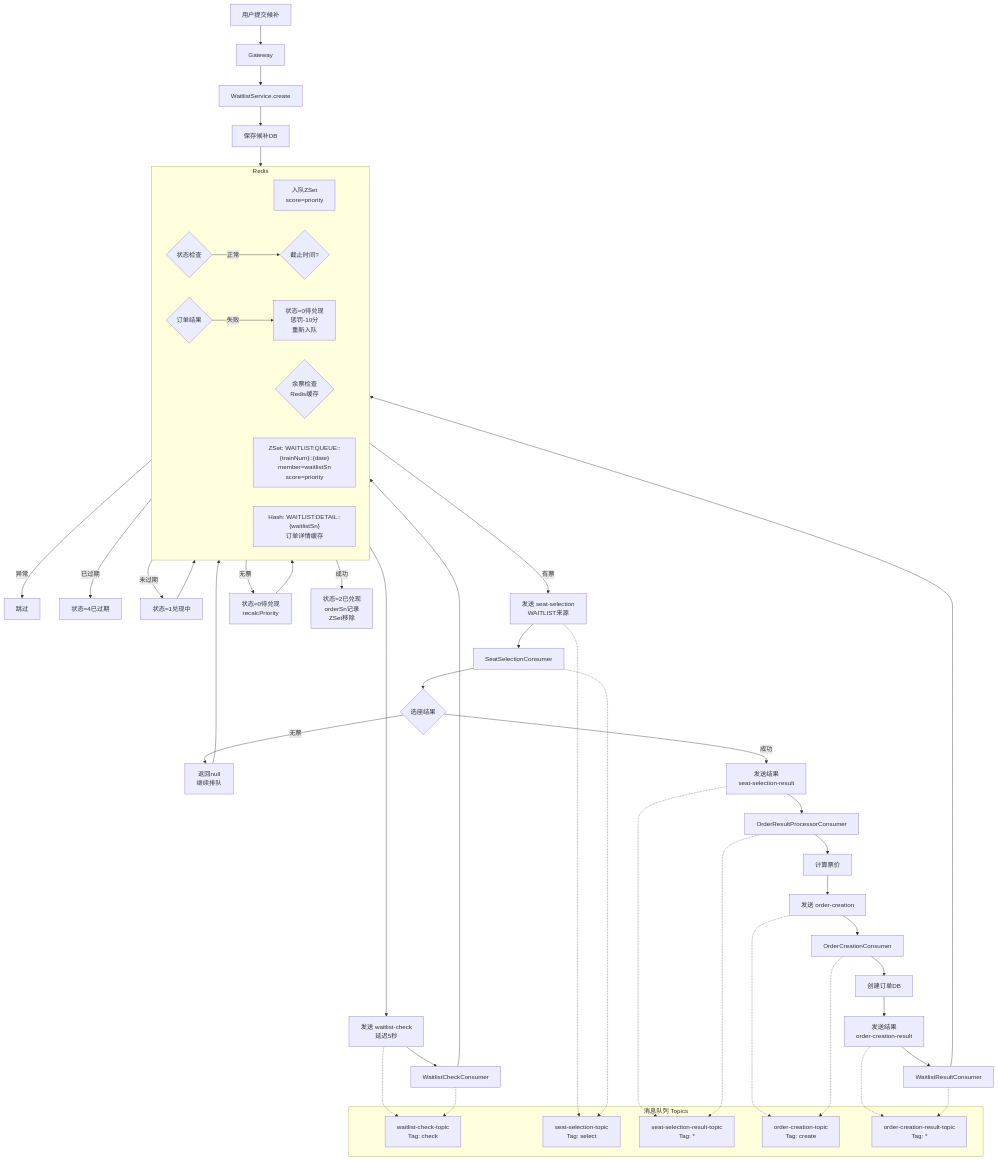
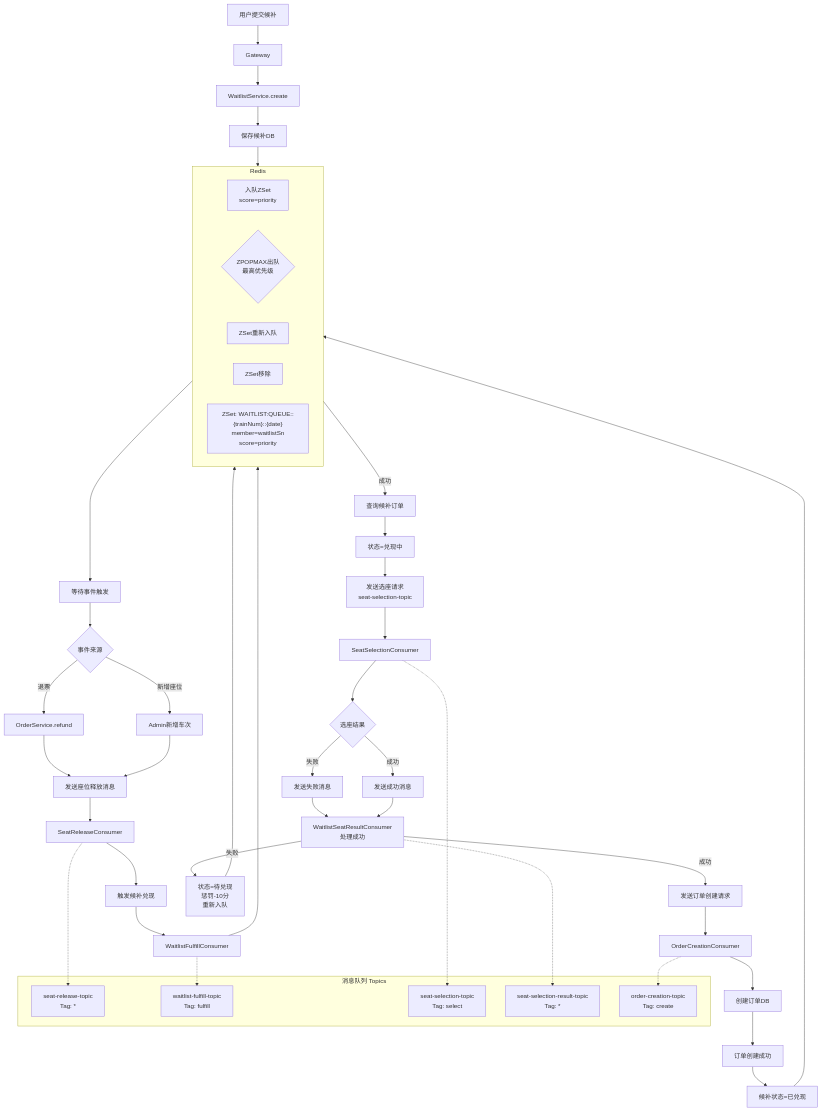
The ninth of 10 diagrams in GraduationThesis/第5章_模块设计.md (Tianmingla/12306), drawn with Mermaid before and after one commit. The commit also changed other lines of this file and 2 other files, not shown here.

````diff
--- a/GraduationThesis/第5章_模块设计.md
+++ b/GraduationThesis/第5章_模块设计.md
@@ -528,72 +528,66 @@
 ```mermaid
 flowchart TD
     U[用户提交候补] --> G[Gateway]
     G --> OS1[WaitlistService.create]
     
     OS1 --> DB1[保存候补DB]
     DB1 --> R1[入队ZSet<br/>score=priority]
-    R1 --> M1[发送 waitlist-check<br/>延迟5秒]
+    R1 --> M1[等待事件触发]
     
-    M1 --> C1[WaitlistCheckConsumer]
-    C1 --> C2{状态检查}
-    C2 -->|异常| C3[跳过]
-    C2 -->|正常| C4{截止时间?}
-    C4 -->|已过期| C5[状态=4已过期]
-    C4 -->|未过期| C6[状态=1兑现中]
+    M1 --> E1{事件来源}
+    E1 -->|退票| E2[OrderService.refund]
+    E1 -->|新增座位| E3[Admin新增车次]
     
-    C6 --> C7{余票检查<br/>Redis缓存}
-    C7 -->|有票| C8[发送 seat-selection<br/>WAITLIST来源]
-    C7 -->|无票| C9[状态=0待兑现<br/>recalcPriority]
+    E2 --> E4[发送座位释放消息]
+    E3 --> E4
+    E4 --> SR[SeatReleaseConsumer]
     
-    C8 --> C10[SeatSelectionConsumer]
-    C10 --> C11{选座结果}
-    C11 -->|无票| C12[返回null<br/>继续排队]
-    C11 -->|成功| C13[发送结果<br/>seat-selection-result]
+    SR --> F1[触发候补兑现]
+    F1 --> WF[WaitlistFulfillConsumer]
     
-    C13 --> C14[OrderResultProcessorConsumer]
-    C14 --> C15[计算票价]
-    C15 --> C16[发送 order-creation]
+    WF --> F2{ZPOPMAX出队<br/>最高优先级}
+    F2 -->|成功| F3[查询候补订单]
+    F3 --> F4[状态=兑现中]
+    F4 --> F5[发送选座请求<br/>seat-selection-topic]
     
-    C16 --> C17[OrderCreationConsumer]
-    C17 --> C18[创建订单DB]
-    C18 --> C19[发送结果<br/>order-creation-result]
+    F5 --> SC[SeatSelectionConsumer]
+    SC --> F6{选座结果}
+    F6 -->|失败| F7[发送失败消息]
+    F6 -->|成功| F8[发送成功消息]
     
-    C19 --> C20[WaitlistResultConsumer]
-    C20 --> C21{订单结果}
-    C21 -->|成功| C22[状态=2已兑现<br/>orderSn记录<br/>ZSet移除]
-    C21 -->|失败| C23[状态=0待兑现<br/>惩罚-10分<br/>重新入队]
+    F7 --> F9[WaitlistSeatResultConsumer<br/>处理失败]
+    F8 --> F9[WaitlistSeatResultConsumer<br/>处理成功]
     
-    C9 --> C7
-    C12 --> C7
+    F9 -->|成功| F10[发送订单创建请求]
+    F9 -->|失败| F11[状态=待兑现<br/>惩罚-10分<br/>重新入队]
+    F11 --> R2[ZSet重新入队]
+    
+    F10 --> OC[OrderCreationConsumer]
+    OC --> F12[创建订单DB]
+    F12 --> F13[订单创建成功]
+    F13 --> F14[候补状态=已兑现]
+    F14 --> F15[ZSet移除]
     
     subgraph "Redis"
         R1
-        C2
-        C4
-        C7
-        C21
-        C23
+        F2
+        R2
+        F15
         direction LR
         ZSet["ZSet: WAITLIST:QUEUE::{trainNum}::{date}<br/>member=waitlistSn<br/>score=priority"]
-        Hash["Hash: WAITLIST:DETAIL::{waitlistSn}<br/>订单详情缓存"]
     end
     
     subgraph "消息队列 Topics"
-        T1["waitlist-check-topic<br/>Tag: check"]
-        T2["seat-selection-topic<br/>Tag: select"]
-        T3["seat-selection-result-topic<br/>Tag: *"]
-        T4["order-creation-topic<br/>Tag: create"]
-        T5["order-creation-result-topic<br/>Tag: *"]
+        T1["seat-release-topic<br/>Tag: *"]
+        T2["waitlist-fulfill-topic<br/>Tag: fulfill"]
+        T3["seat-selection-topic<br/>Tag: select"]
+        T4["seat-selection-result-topic<br/>Tag: *"]
+        T5["order-creation-topic<br/>Tag: create"]
     end
     
-    M1 -.-> T1
-    C1 -.-> T1
-    C8 -.-> T2
-    C10 -.-> T2
-    C13 -.-> T3
-    C14 -.-> T3
-    C16 -.-> T4
-    C17 -.-> T4
-    C19 -.-> T5
-    C20 -.-> T5
+    SR -.-> T1
+    WF -.-> T2
+    SC -.-> T3
+    F9 -.-> T4
+    OC -.-> T5
 ```
````
